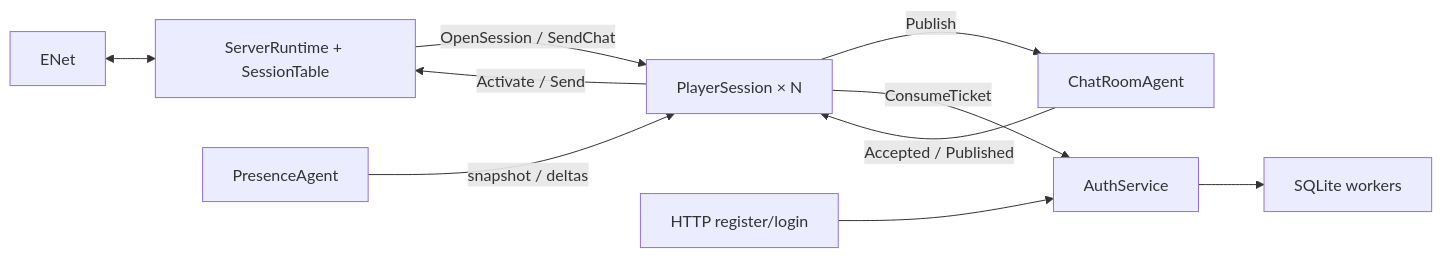
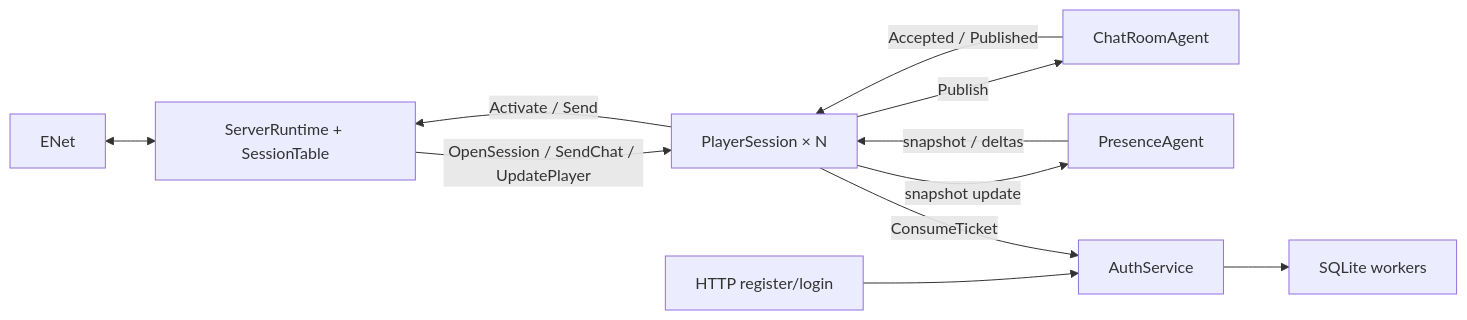
Before and after one commit to Newrite/Dreamsleeve: the diagram in src/Dreamsleeve.Server.Core/README.ru.md, drawn with Mermaid. The commit also changed other lines of this file and 53 other files, not shown here.

Commit message:
Implement player telemetry and rich presence replication

````diff
--- a/src/Dreamsleeve.Server.Core/README.ru.md
+++ b/src/Dreamsleeve.Server.Core/README.ru.md
@@ -19,12 +19,13 @@
 ```mermaid
 flowchart LR
     ENet <--> Runtime[ServerRuntime + SessionTable]
-    Runtime -->|OpenSession / SendChat| Player[PlayerSession × N]
+    Runtime -->|OpenSession / SendChat / UpdatePlayer| Player[PlayerSession × N]
     Player -->|Publish| Chat[ChatRoomAgent]
     Chat -->|Accepted / Published| Player
-    Presence[PresenceAgent] -->|snapshot / deltas| Player
+    Player -->|snapshot update| Presence[PresenceAgent]
+    Presence -->|snapshot / deltas| Player
     HTTP[HTTP register/login] --> Auth[AuthService]
     Auth --> DB[SQLite workers]
     Player -->|ConsumeTicket| Auth
     Player -->|Activate / Send| Runtime
 ```
````
